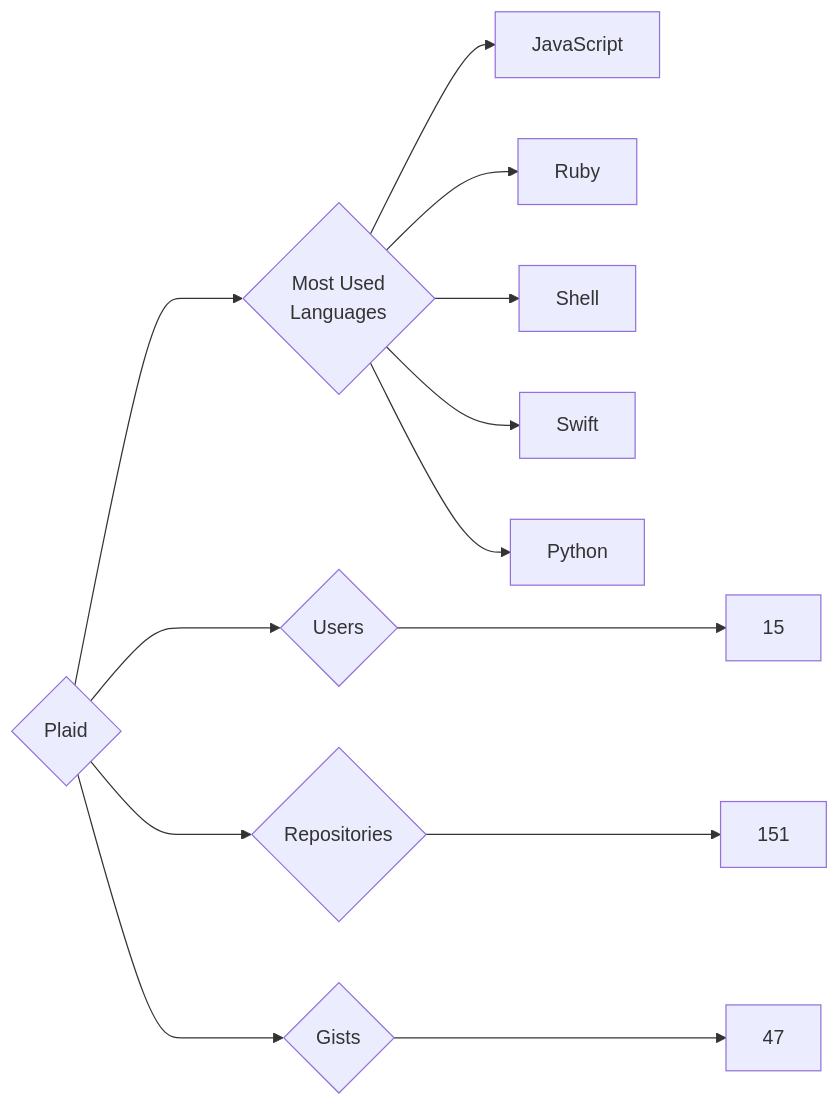
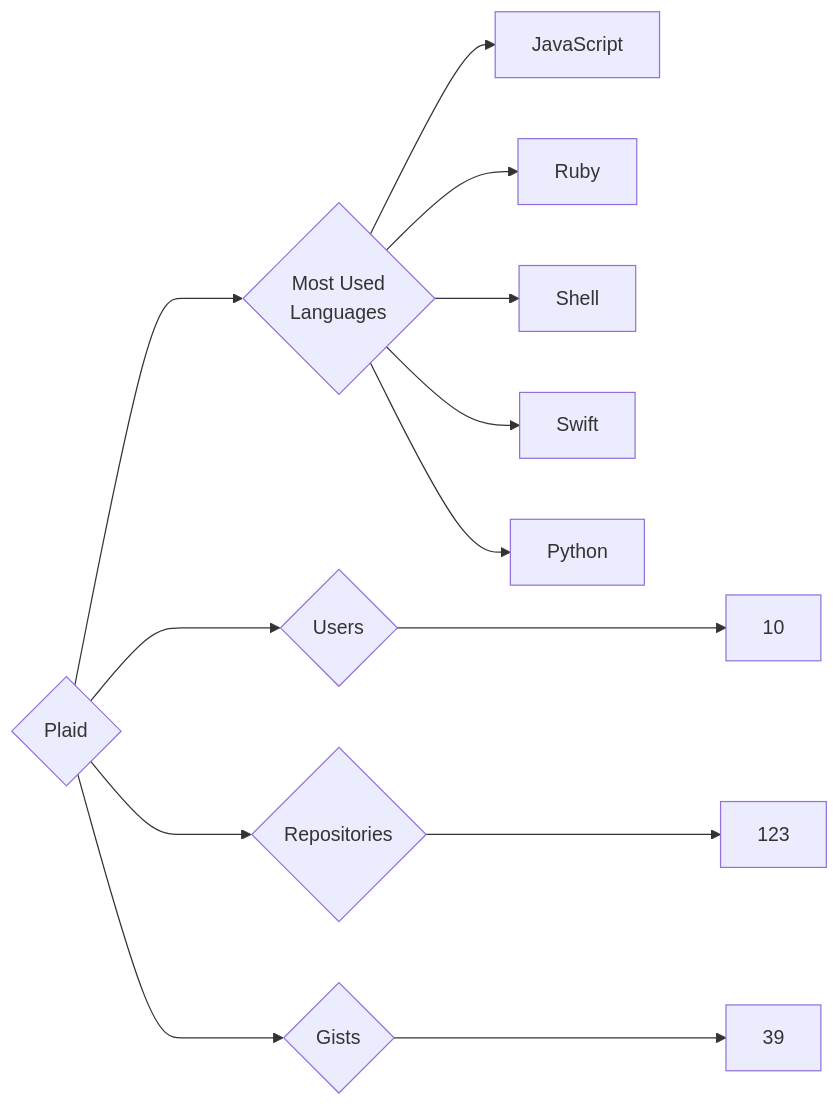
One commit to trickest/insiders changed the diagram in targets/Plaid/README.md. Above: the diagram before and after it, drawn with Mermaid. The commit also changed 1479 other files, not shown here.

````diff
--- a/targets/Plaid/README.md
+++ b/targets/Plaid/README.md
@@ -3,13 +3,13 @@
 ```mermaid
 graph LR
 COMPANY_NAME{Plaid}
-COMPANY_NAME ---> U{Users} ---> UN[15]
-COMPANY_NAME ---> R{Repositories} ---> RN[151]
-COMPANY_NAME ---> G{Gists} ---> GN[47]
+COMPANY_NAME ---> U{Users} ---> UN[10]
+COMPANY_NAME ---> R{Repositories} ---> RN[123]
+COMPANY_NAME ---> G{Gists} ---> GN[39]
 COMPANY_NAME ---> ML{Most Used<br>Languages}
 ML --> JavaScript[JavaScript]
 ML --> Ruby[Ruby]
 ML --> Shell[Shell]
 ML --> Swift[Swift]
 ML --> Python[Python]
 ```
````
